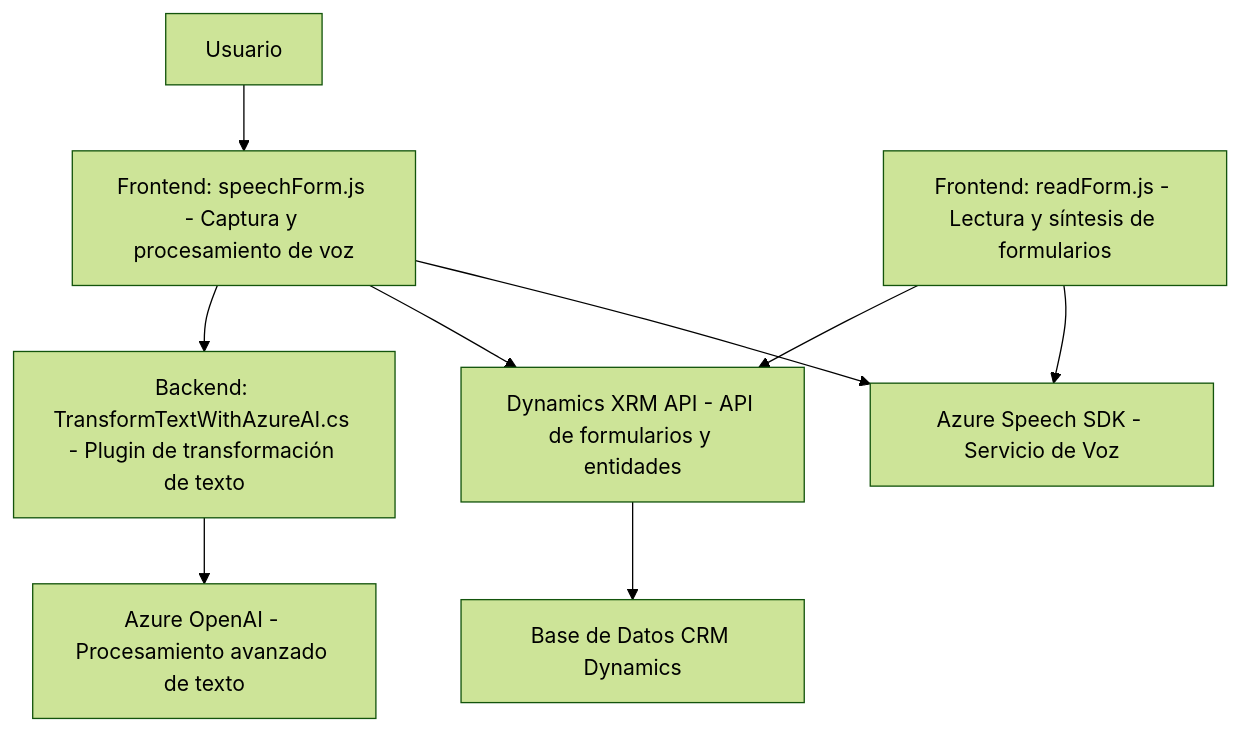
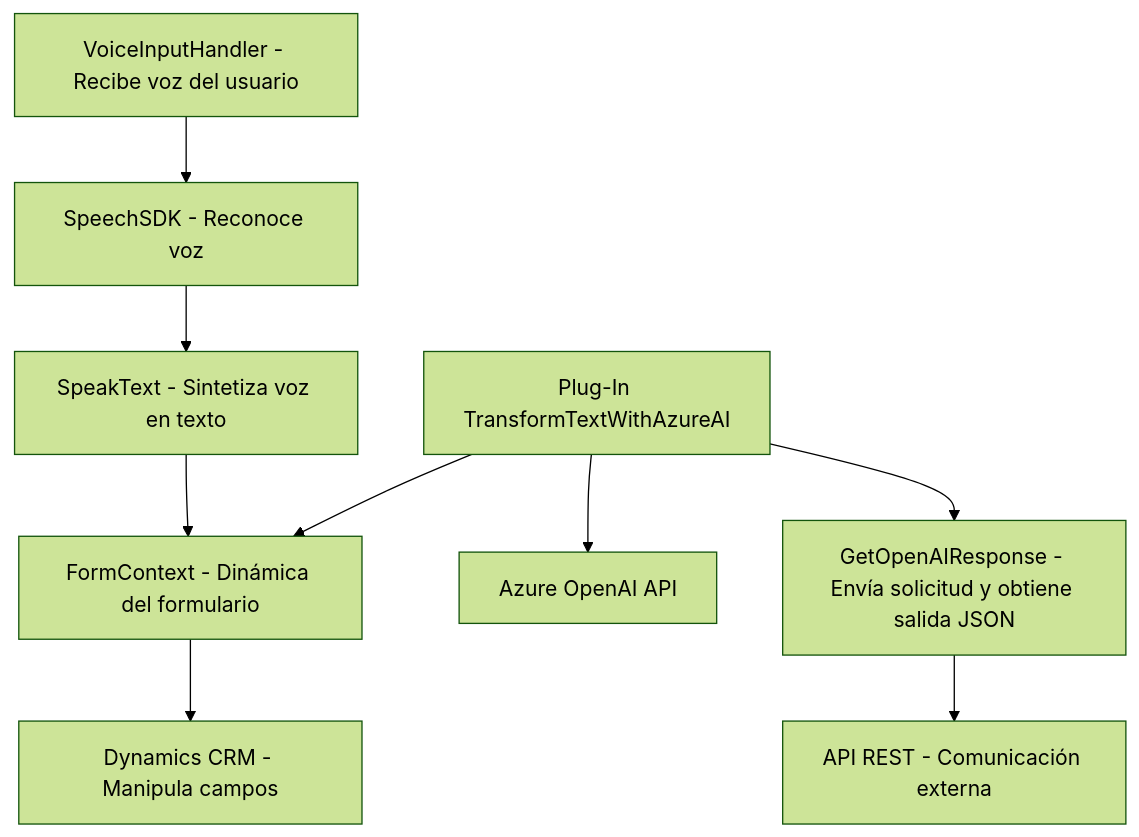
Before and after one commit to blopezdm/NETCORE_BILBAO2025: the diagram in README.md, drawn with Mermaid (forest theme). The commit also changed other lines of this file, not shown here.

````diff
--- a/README.md
+++ b/README.md
@@ -48,18 +50,21 @@
 ```mermaid
 graph TD
-    SpeechForm_JS["Frontend: speechForm.js - Captura y procesamiento de voz"]
-    ReadForm_JS["Frontend: readForm.js - Lectura y síntesis de formularios"]
-    DynamicsAPI["Dynamics XRM API - API de formularios y entidades"]
-    SpeechSDK["Azure Speech SDK - Servicio de Voz"]
-    OpenAI_Cs["Backend: TransformTextWithAzureAI.cs - Plugin de transformación de texto"]
-    AzureOpenAI["Azure OpenAI - Procesamiento avanzado de texto"]
-    User["Usuario"]
+    A["VoiceInputHandler - Recibe voz del usuario"]
+    B["SpeechSDK - Reconoce voz"]
+    C["SpeakText - Sintetiza voz en texto"]
+    D["Plug-In TransformTextWithAzureAI"]
+    E["Azure OpenAI API"]
+    F["FormContext - Dinámica del formulario"]
+    G["Dynamics CRM - Manipula campos"]
+    H["GetOpenAIResponse - Envía solicitud y obtiene salida JSON"]
+    I["API REST - Comunicación externa"]
 
-    User --> SpeechForm_JS --> SpeechSDK
-    SpeechForm_JS --> DynamicsAPI
-    SpeechForm_JS --> OpenAI_Cs
-    ReadForm_JS --> SpeechSDK
-    ReadForm_JS --> DynamicsAPI
-    OpenAI_Cs --> AzureOpenAI
-    DynamicsAPI --> DynamicsDatabase["Base de Datos CRM Dynamics"]
+    A --> B
+    B --> C
+    C --> F
+    D --> F
+    D --> E
+    D --> H
+    F --> G
+    H --> I
 ```
````
